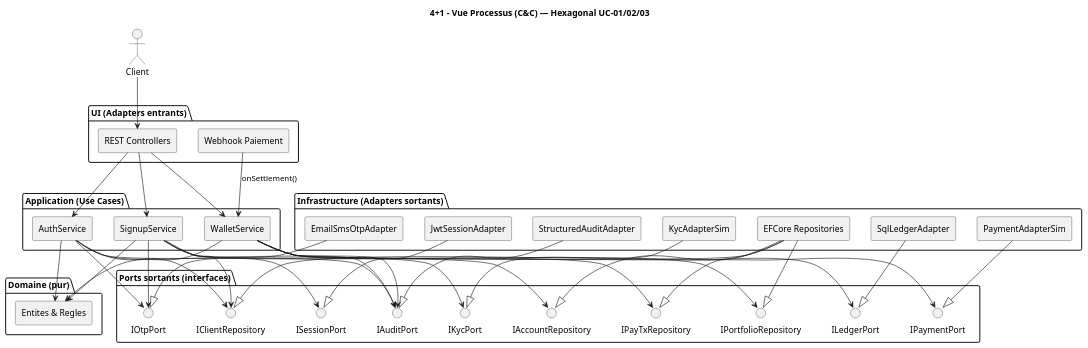
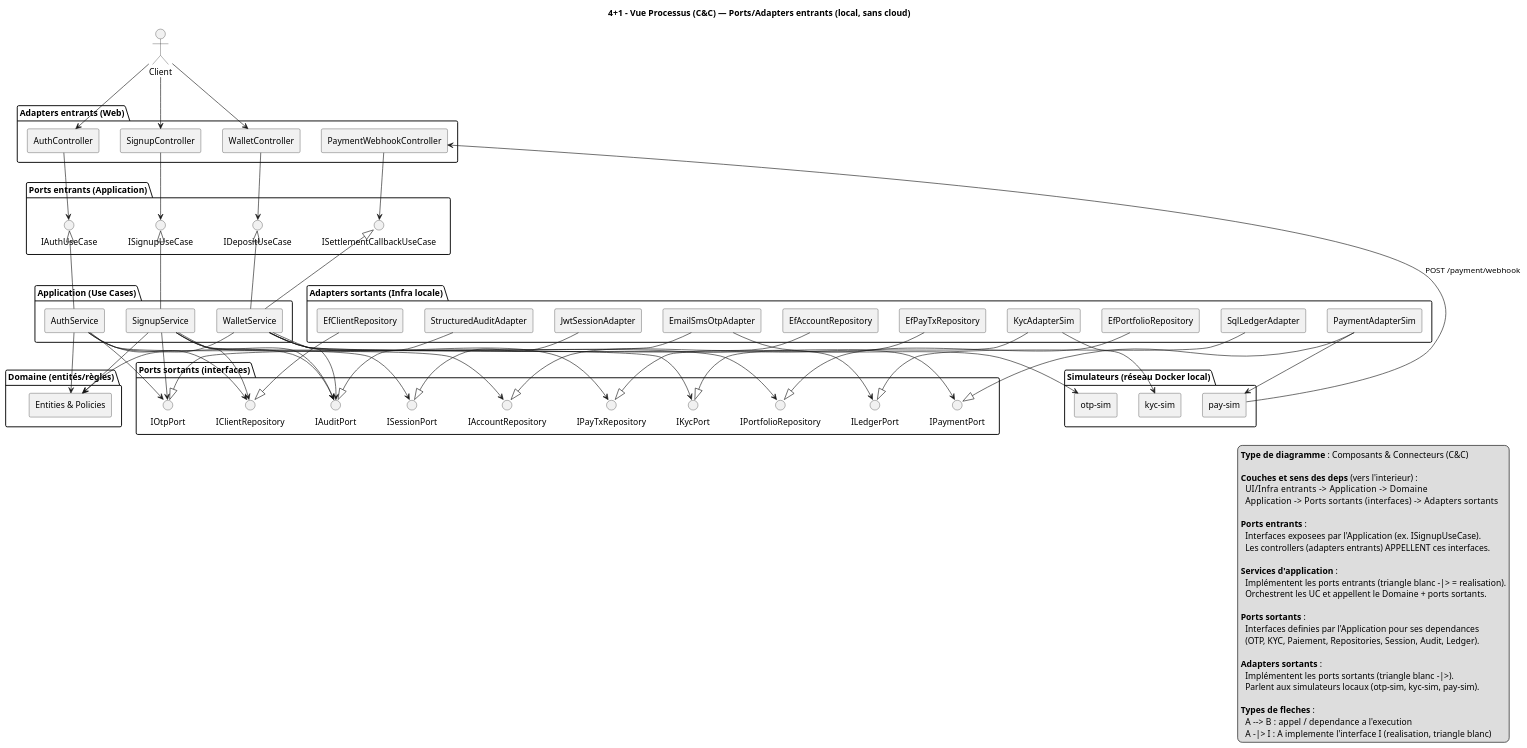
One commit to theobrogrammer/projet-log-430 changed the diagram in docs/4+1/processus.puml. Above: the diagram before and after it, drawn with PlantUML. The commit also changed 188 other files, not shown here.

First line of the commit message:
classes and diagrams

```diff
--- a/docs/4+1/processus.puml
+++ b/docs/4+1/processus.puml
@@ -1,74 +1,173 @@
 @startuml
-title 4+1 - Vue Processus (C&C) — Hexagonal UC-01/02/03
+title 4+1 - Vue Processus (C&C) — Ports/Adapters entrants (local, sans cloud)
+skinparam componentStyle rectangle
 
-skinparam componentStyle rectangle
 actor Client
 
-package "UI (Adapters entrants)" {
-  [REST Controllers]
-  [Webhook Paiement]
+' =======================
+'   ADAPTERS ENTRANTS (UI)
+' =======================
+package "Adapters entrants (Web)" {
+  component SignupController
+  component AuthController
+  component WalletController
+  component PaymentWebhookController
 }
 
-package "Application (Use Cases)" {
-  [SignupService]
-  [AuthService]
-  [WalletService]
+' =======================
+'   PORTS ENTRANTS (APP)
+' =======================
+package "Ports entrants (Application)" {
+  interface ISignupUseCase
+  interface IAuthUseCase
+  interface IDepositUseCase
+  interface ISettlementCallbackUseCase
 }
 
-package "Domaine (pur)" {
-  [Entites & Regles]
+' =======================
+'   APPLICATION (SERVICES UC)
+' =======================
+package "Application (Use Cases)" {
+  component SignupService
+  component AuthService
+  component WalletService
 }
 
+' Implémentations des ports entrants par les services
+SignupService -up-|> ISignupUseCase
+AuthService   -up-|> IAuthUseCase
+WalletService -up-|> IDepositUseCase
+WalletService -up-|> ISettlementCallbackUseCase
+
+' Les contrôleurs appellent les ports (inbound)
+Client --> SignupController
+Client --> AuthController
+Client --> WalletController
+
+SignupController --> ISignupUseCase
+AuthController   --> IAuthUseCase
+WalletController --> IDepositUseCase
+
+' Webhook local (le simulateur paiement appellera ce contrôleur)
+PaymentWebhookController --> ISettlementCallbackUseCase
+
+' =======================
+'   DOMAINE (RÈGLES PURES)
+' =======================
+package "Domaine (entités/règles)" {
+  component "Entities & Policies"
+}
+SignupService --> "Entities & Policies"
+AuthService   --> "Entities & Policies"
+WalletService --> "Entities & Policies"
+
+' =======================
+'   PORTS SORTANTS (DÉPENDANCES)
+' =======================
 package "Ports sortants (interfaces)" {
-  () IOtpPort
-  () IKycPort
-  () IPaymentPort
-  () ISessionPort
-  () IAuditPort
-  () ILedgerPort
-  () IClientRepository
-  () IAccountRepository
-  () IPortfolioRepository
-  () IPayTxRepository
+  interface IOtpPort
+  interface IKycPort
+  interface IPaymentPort
+  interface ISessionPort
+  interface IAuditPort
+  interface ILedgerPort
+  interface IClientRepository
+  interface IAccountRepository
+  interface IPortfolioRepository
+  interface IPayTxRepository
 }
 
-package "Infrastructure (Adapters sortants)" {
-  [EmailSmsOtpAdapter] -down-|> IOtpPort
-  [KycAdapterSim] -down-|> IKycPort
-  [PaymentAdapterSim] -down-|> IPaymentPort
-  [JwtSessionAdapter] -down-|> ISessionPort
-  [StructuredAuditAdapter] -down-|> IAuditPort
-  [SqlLedgerAdapter] -down-|> ILedgerPort
-  [EFCore Repositories] -down-|> IClientRepository
-  [EFCore Repositories] -down-|> IAccountRepository
-  [EFCore Repositories] -down-|> IPortfolioRepository
-  [EFCore Repositories] -down-|> IPayTxRepository
+' Services -> ports sortants
+SignupService --> IOtpPort
+SignupService --> IKycPort
+SignupService --> IClientRepository
+SignupService --> IAccountRepository
+SignupService --> IAuditPort
+
+AuthService   --> ISessionPort
+AuthService   --> IClientRepository
+AuthService   --> IOtpPort
+AuthService   --> IAuditPort
+
+WalletService --> IPaymentPort
+WalletService --> IPayTxRepository
+WalletService --> IPortfolioRepository
+WalletService --> ILedgerPort
+WalletService --> IAuditPort
+
+' =======================
+'   ADAPTERS SORTANTS (INFRA)
+' =======================
+package "Adapters sortants (Infra locale)" {
+  component EmailSmsOtpAdapter
+  component KycAdapterSim
+  component PaymentAdapterSim
+  component JwtSessionAdapter
+  component StructuredAuditAdapter
+  component SqlLedgerAdapter
+  component EfClientRepository
+  component EfAccountRepository
+  component EfPortfolioRepository
+  component EfPayTxRepository
 }
 
-Client --> [REST Controllers]
-[REST Controllers] --> [SignupService]
-[REST Controllers] --> [AuthService]
-[REST Controllers] --> [WalletService]
-[Webhook Paiement] --> [WalletService] : onSettlement()
+' Réalisations des ports sortants
+EmailSmsOtpAdapter     -down-|> IOtpPort
+KycAdapterSim          -down-|> IKycPort
+PaymentAdapterSim      -down-|> IPaymentPort
+JwtSessionAdapter      -down-|> ISessionPort
+StructuredAuditAdapter -down-|> IAuditPort
+SqlLedgerAdapter       -down-|> ILedgerPort
+EfClientRepository     -down-|> IClientRepository
+EfAccountRepository    -down-|> IAccountRepository
+EfPortfolioRepository  -down-|> IPortfolioRepository
+EfPayTxRepository      -down-|> IPayTxRepository
 
-[SignupService] --> [Entites & Regles]
-[AuthService]   --> [Entites & Regles]
-[WalletService] --> [Entites & Regles]
+' =======================
+'   SYSTÈMES LOCAUX SIMULÉS
+' =======================
+package "Simulateurs (réseau Docker local)" {
+  component "otp-sim" as OtpSim
+  component "kyc-sim" as KycSim
+  component "pay-sim" as PaySim
+}
 
-[SignupService] --> IOtpPort
-[SignupService] --> IKycPort
-[SignupService] --> IClientRepository
-[SignupService] --> IAccountRepository
-[SignupService] --> IAuditPort
+EmailSmsOtpAdapter --> OtpSim
+KycAdapterSim      --> KycSim
+PaymentAdapterSim  --> PaySim
 
-[AuthService] --> IClientRepository
-[AuthService] --> ISessionPort
-[AuthService] --> IOtpPort
-[AuthService] --> IAuditPort
+' Le simulateur de paiement appelle le webhook local de l'app
+PaySim --> PaymentWebhookController : POST /payment/webhook
 
-[WalletService] --> IPayTxRepository
-[WalletService] --> IPaymentPort
-[WalletService] --> ILedgerPort
-[WalletService] --> IPortfolioRepository
-[WalletService] --> IAuditPort
+' =======================
+'   LÉGENDE
+' =======================
+legend right
+  **Type de diagramme** : Composants & Connecteurs (C&C)
+
+  **Couches et sens des deps** (vers l'interieur) :
+    UI/Infra entrants  ->  Application  ->  Domaine
+    Application  ->  Ports sortants (interfaces)  ->  Adapters sortants
+
+  **Ports entrants** :
+    Interfaces exposees par l'Application (ex. ISignupUseCase).
+    Les controllers (adapters entrants) APPELLENT ces interfaces.
+
+  **Services d'application** :
+    Implémentent les ports entrants (triangle blanc -|> = realisation).
+    Orchestrent les UC et appellent le Domaine + ports sortants.
+
+  **Ports sortants** :
+    Interfaces definies par l'Application pour ses dependances
+    (OTP, KYC, Paiement, Repositories, Session, Audit, Ledger).
+
+  **Adapters sortants** :
+    Implémentent les ports sortants (triangle blanc -|>).
+    Parlent aux simulateurs locaux (otp-sim, kyc-sim, pay-sim).
+
+  **Types de fleches** :
+    A --> B  : appel / dependance a l'execution
+    A -|> I  : A implemente l'interface I (realisation, triangle blanc)
+end legend
+
 @enduml
```
